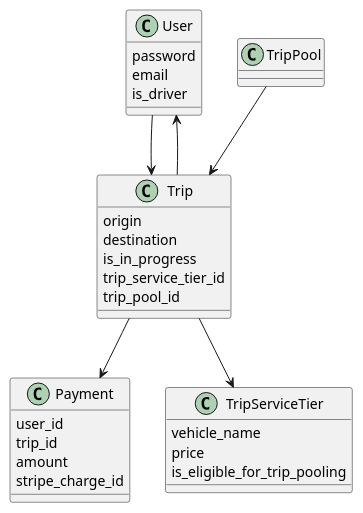
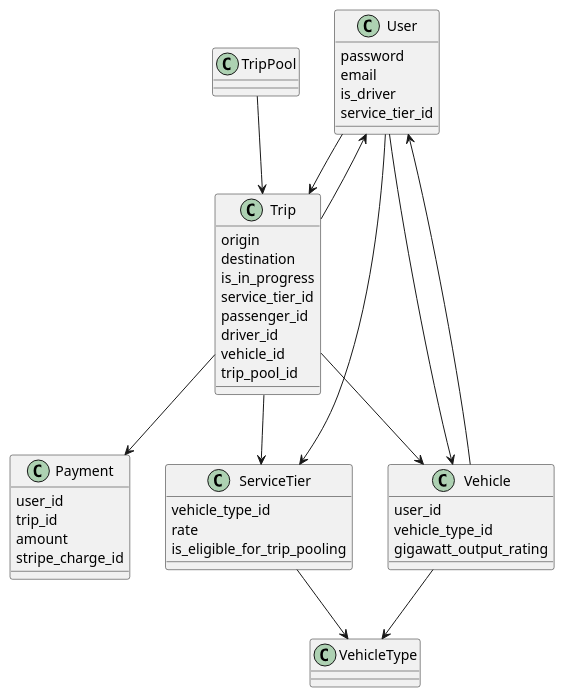
One commit to andrewhao/dddrail-talk changed the diagram in diagrams/3-delorean-pool.plantuml. Above: the diagram before and after it, drawn with PlantUML. The commit also changed 8 other files, not shown here.

Commit message:
Refining diagrams.

```diff
--- a/diagrams/3-delorean-pool.plantuml
+++ b/diagrams/3-delorean-pool.plantuml
@@ -1,40 +1,60 @@
 @startuml
 skinparam shadowing false
 
 class User {
   password
   email
   is_driver
+  service_tier_id
 }
 
 class Trip {
   origin
   destination
   is_in_progress
-  trip_service_tier_id
+  service_tier_id
+  passenger_id
+  driver_id
+  vehicle_id
   trip_pool_id
-}
-
-class TripPool {
 }
 
 class Payment {
   user_id
   trip_id
   amount
   stripe_charge_id
 }
 
-class TripServiceTier {
-  vehicle_name
-  price
+class Vehicle {
+  user_id
+  vehicle_type_id
+  gigawatt_output_rating
+}
+
+class ServiceTier {
+  vehicle_type_id
+  rate
   is_eligible_for_trip_pooling
+}
+
+class VehicleType {
+}
+
+class TripPool {
 }
 
 User --> Trip
 Trip --> User
 Trip --> Payment
-Trip --> TripServiceTier
+Trip --> ServiceTier
+Trip --> Vehicle
+ServiceTier --> VehicleType
+Vehicle --> VehicleType
+Vehicle --> User
+User --> ServiceTier
 TripPool --> Trip
+User --> Vehicle
+
 
 @enduml
```
